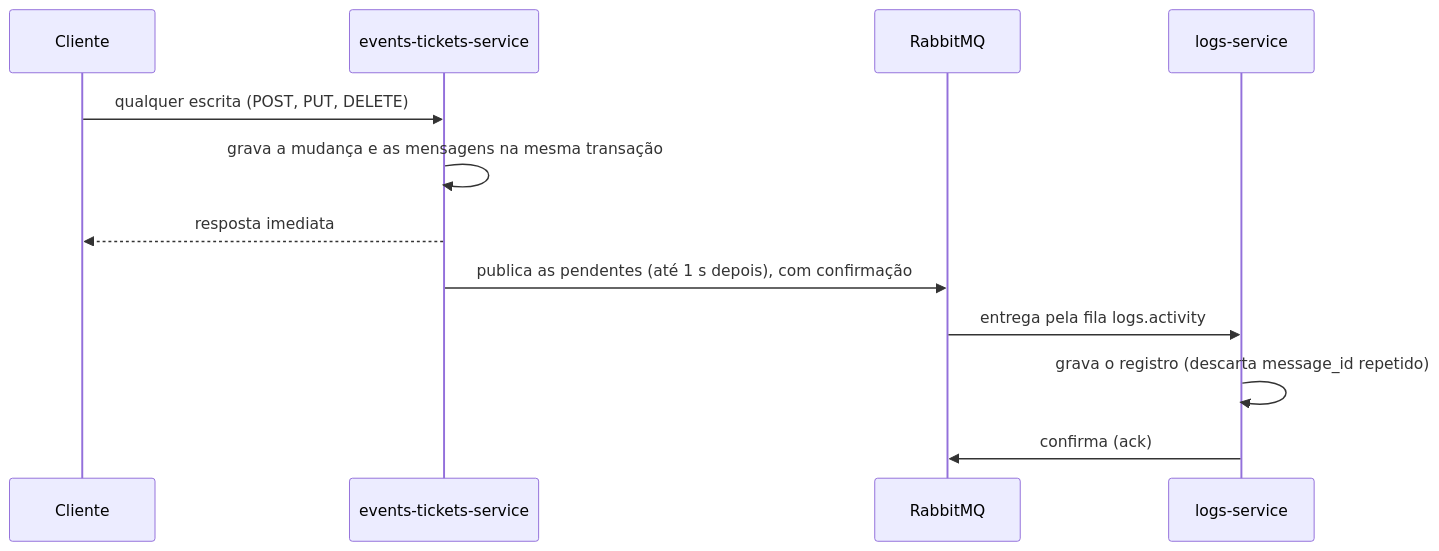
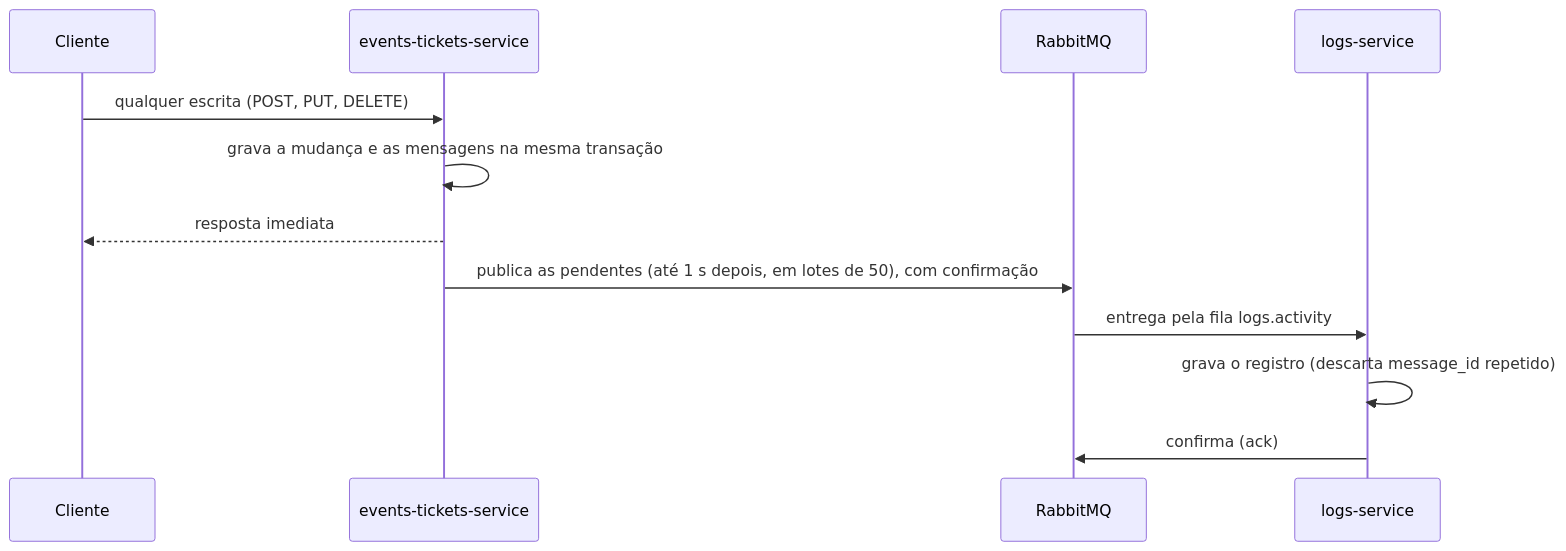
Before and after one commit to Igor-Lazarin-Oliani/events-tickets-ms: the second of 3 diagrams in docs/contratos-api.md, drawn with Mermaid. The commit also changed other lines of this file and 38 other files, not shown here.

````diff
--- a/docs/contratos-api.md
+++ b/docs/contratos-api.md
@@ -127,14 +140,14 @@
 ```mermaid
 sequenceDiagram
     participant C as Cliente
     participant S as events-tickets-service
     participant B as RabbitMQ
     participant L as logs-service
     C->>S: qualquer escrita (POST, PUT, DELETE)
     S->>S: grava a mudança e as mensagens na mesma transação
     S-->>C: resposta imediata
-    S->>B: publica as pendentes (até 1 s depois), com confirmação
+    S->>B: publica as pendentes (até 1 s depois, em lotes de 50), com confirmação
     B->>L: entrega pela fila logs.activity
     L->>L: grava o registro (descarta message_id repetido)
     L->>B: confirma (ack)
 ```
````
